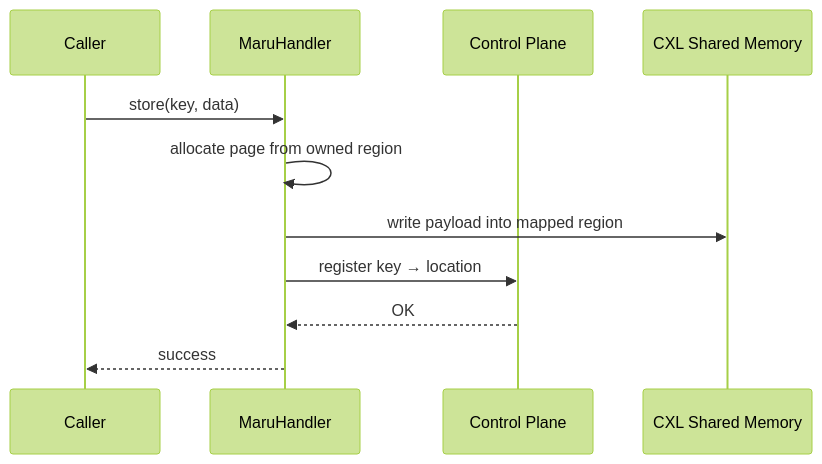
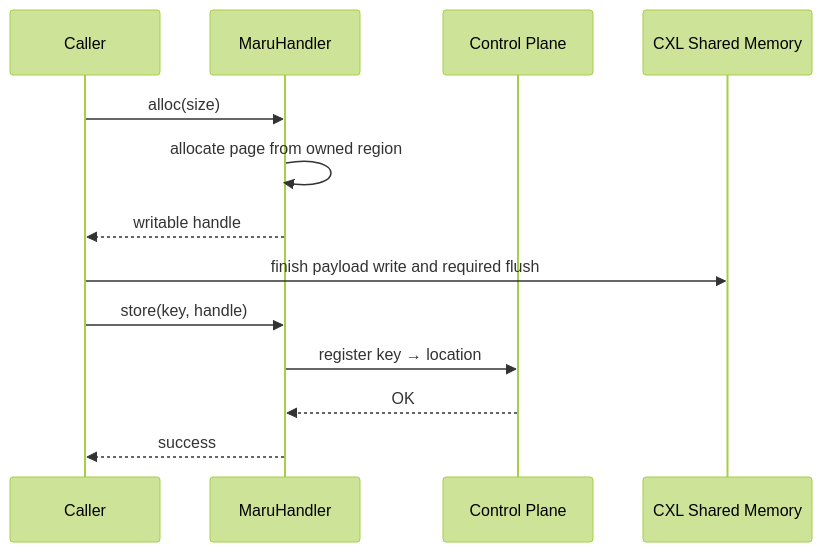
Before and after one commit to xcena-dev/maru: the fourth of 7 diagrams in docs/source/design_doc/architecture_overview.md, drawn with Mermaid (forest theme). The commit also changed other lines of this file and 29 other files, not shown here.

````diff
--- a/docs/source/design_doc/architecture_overview.md
+++ b/docs/source/design_doc/architecture_overview.md
@@ -177,14 +177,16 @@
 ```mermaid
 sequenceDiagram
     participant C as Caller
     participant H as MaruHandler
     participant CP as Control Plane
     participant CXL as CXL Shared Memory
 
-    C->>H: store(key, data)
+    C->>H: alloc(size)
     H->>H: allocate page from owned region
-    H->>CXL: write payload into mapped region
+    H-->>C: writable handle
+    C->>CXL: finish payload write and required flush
+    C->>H: store(key, handle)
     H->>CP: register key → location
     CP-->>H: OK
     H-->>C: success
 ```
````
